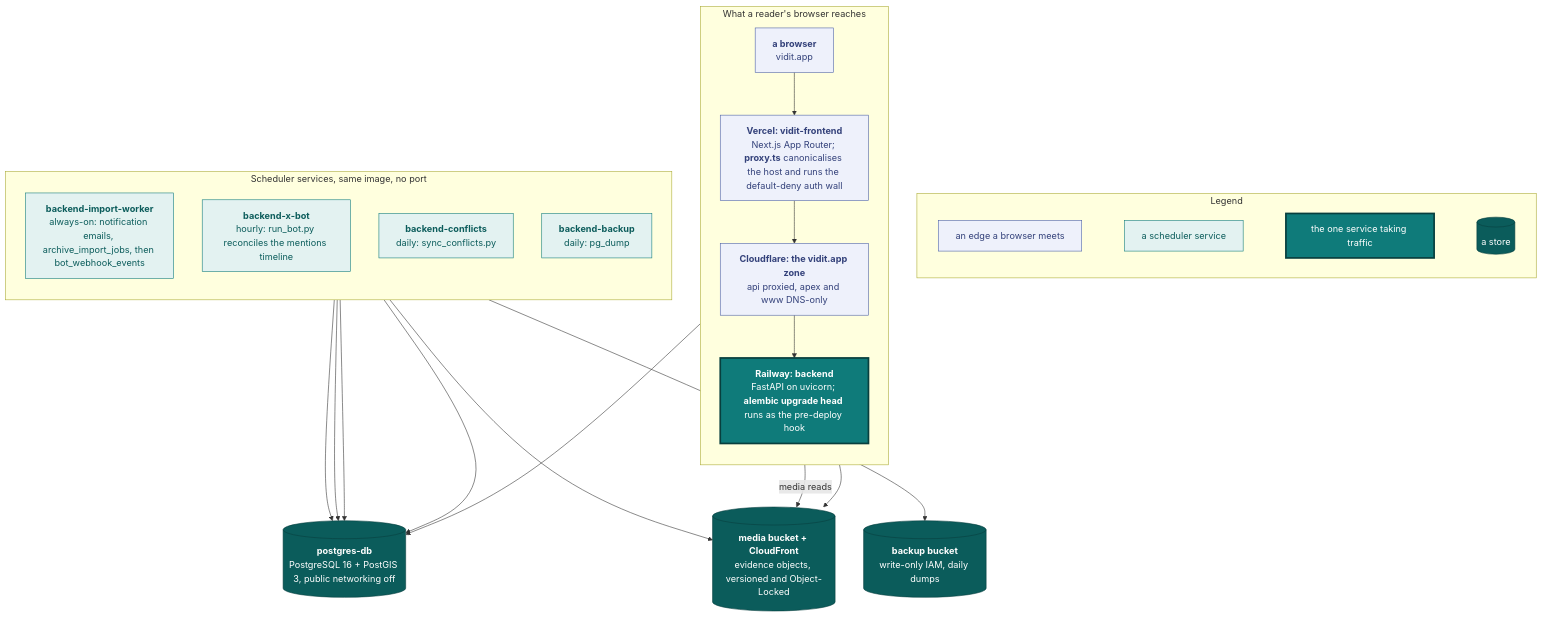
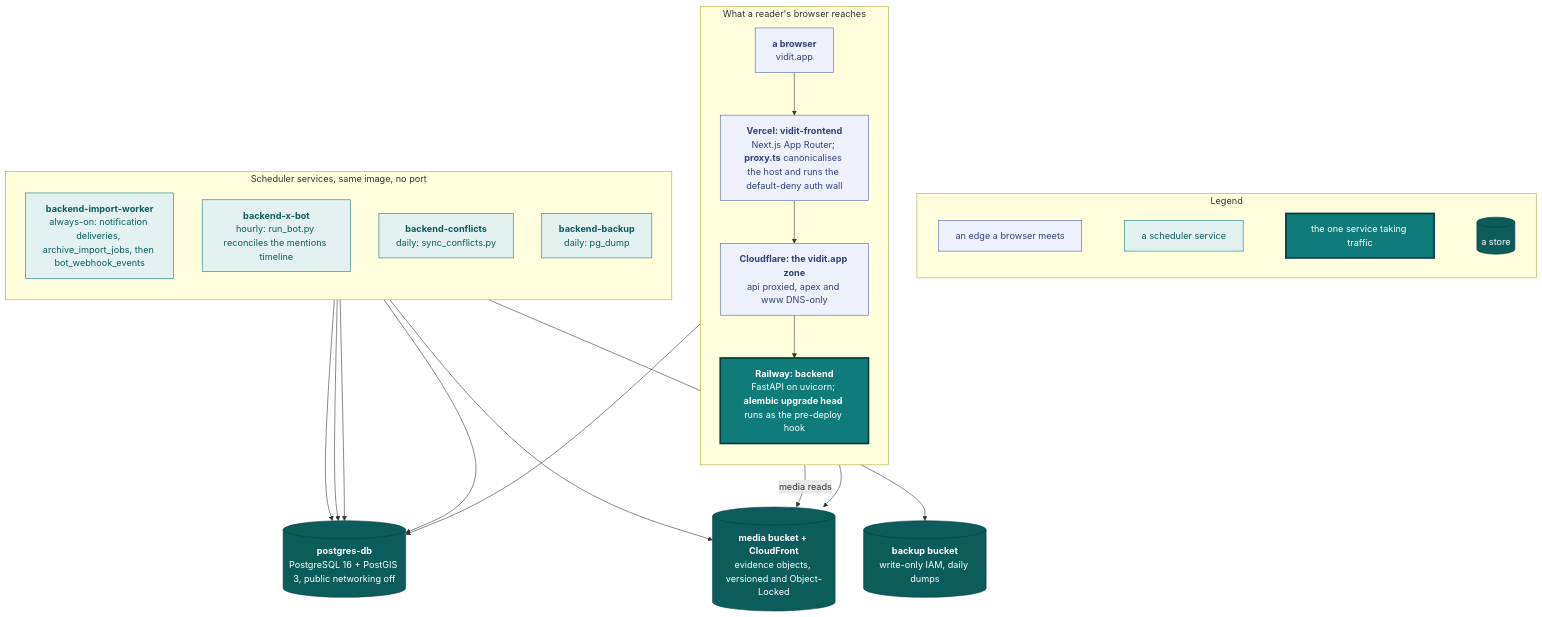
Before and after one commit to vidithq/vidit: the first of 5 diagrams in docs/engineering.md, drawn with Mermaid. The commit also changed other lines of this file and 34 other files, not shown here.

````diff
--- a/docs/engineering.md
+++ b/docs/engineering.md
@@ -5,58 +5,58 @@
 ```mermaid
 flowchart TB
   classDef spec fill:#eef1fb,stroke:#4a5fa5,color:#33417a
   classDef shared fill:#e3f2f1,stroke:#0f7b7a,color:#0b5c5b
   classDef core fill:#0f7b7a,stroke:#083f3e,stroke-width:3px,color:#ffffff
   classDef store fill:#0b5c5b,stroke:#083f3e,color:#ffffff
 
   subgraph legend [Legend]
     direction LR
     l1["`an edge a browser meets`"]:::spec
     l2["`a scheduler service`"]:::shared
     l3["`the one service taking traffic`"]:::core
     l4[("`a store`")]:::store
     l1 ~~~ l2 ~~~ l3 ~~~ l4
   end
 
   subgraph traffic [What a reader's browser reaches]
     direction TB
     reader["`**a browser**
     vidit.app`"]:::spec
     vercel["`**Vercel: vidit-frontend**
     Next.js App Router; **proxy.ts** canonicalises the host and runs the default-deny auth wall`"]:::spec
     cf["`**Cloudflare: the vidit.app zone**
     api proxied, apex and www DNS-only`"]:::spec
     api["`**Railway: backend**
     FastAPI on uvicorn; **alembic upgrade head** runs as the pre-deploy hook`"]:::core
     reader --> vercel --> cf --> api
   end
 
   subgraph sched [Scheduler services, same image, no port]
     direction TB
     worker["`**backend-import-worker**
-    always-on: notification emails, archive_import_jobs, then bot_webhook_events`"]:::shared
+    always-on: notification deliveries, archive_import_jobs, then bot_webhook_events`"]:::shared
     bot["`**backend-x-bot**
     hourly: run_bot.py reconciles the mentions timeline`"]:::shared
     conf["`**backend-conflicts**
     daily: sync_conflicts.py`"]:::shared
     backup["`**backend-backup**
     daily: pg_dump`"]:::shared
   end
 
   db[("`**postgres-db**
   PostgreSQL 16 + PostGIS 3, public networking off`")]:::store
   s3[("`**media bucket + CloudFront**
   evidence objects, versioned and Object-Locked`")]:::store
   bak[("`**backup bucket**
   write-only IAM, daily dumps`")]:::store
 
   reader -- "media reads" --> s3
   api --> db
   api --> s3
   worker --> db
   bot --> db
   conf --> db
   worker --> s3
   backup --> db
   backup --> bak
 ```
````
